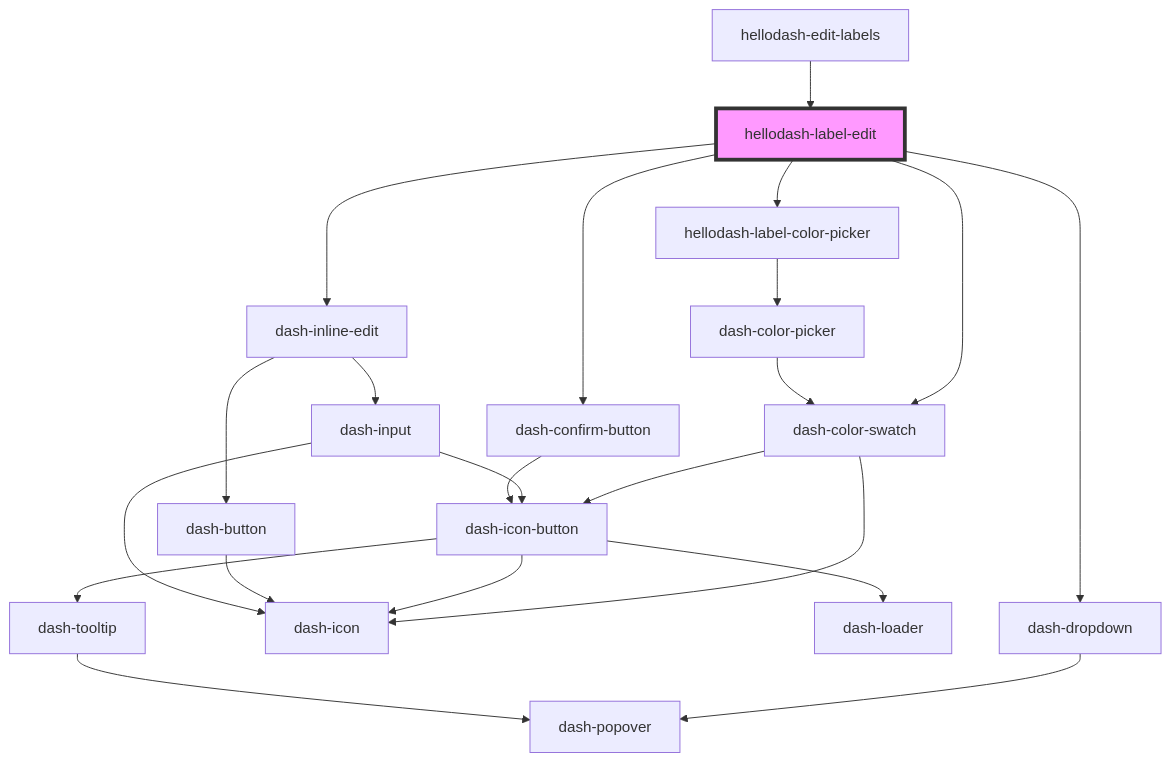
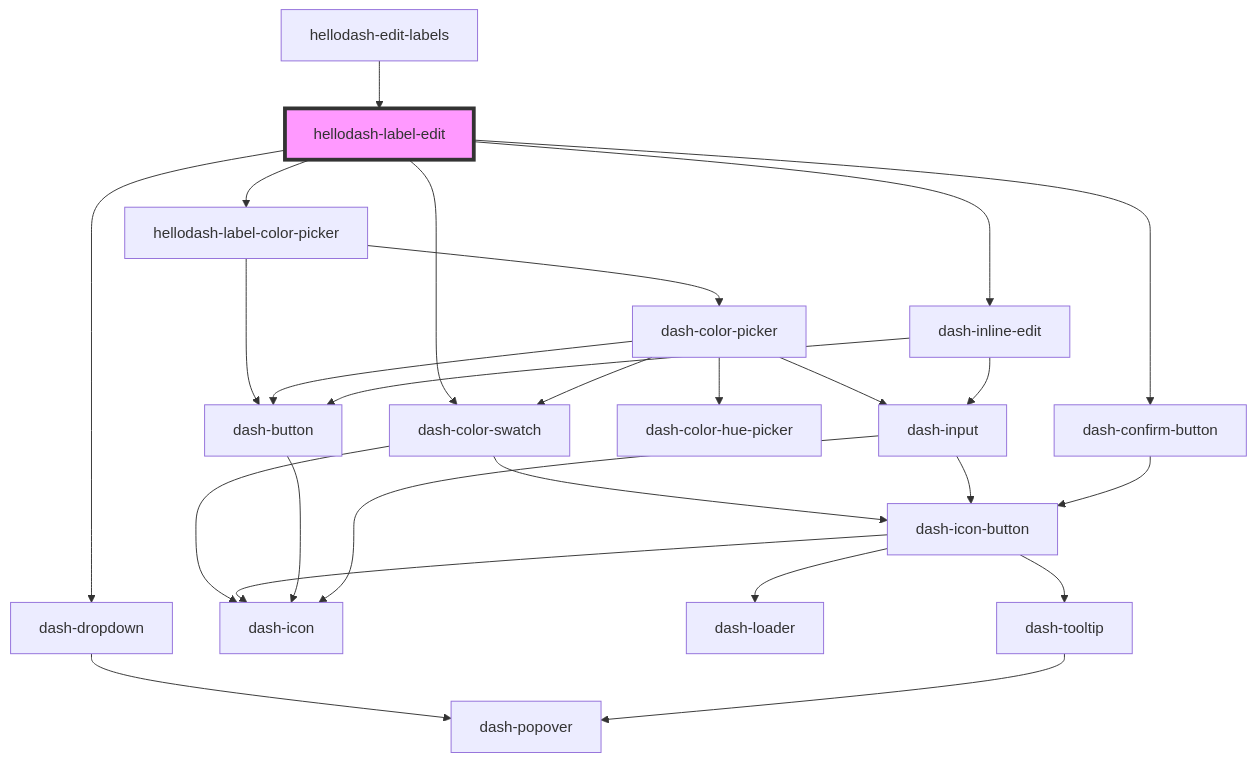
One commit to jmanke/dash changed the diagram in packages/hellodash-components/src/components/hellodash-label-edit/readme.md. Above: the diagram before and after it, drawn with Mermaid. The commit also changed other lines of this file and 35 other files, not shown here.

````diff
--- a/packages/hellodash-components/src/components/hellodash-label-edit/readme.md
+++ b/packages/hellodash-components/src/components/hellodash-label-edit/readme.md
@@ -38,25 +39,29 @@
 ```mermaid
 graph TD;
   hellodash-label-edit --> dash-dropdown
   hellodash-label-edit --> dash-color-swatch
   hellodash-label-edit --> hellodash-label-color-picker
   hellodash-label-edit --> dash-inline-edit
   hellodash-label-edit --> dash-confirm-button
   dash-dropdown --> dash-popover
   dash-color-swatch --> dash-icon-button
   dash-color-swatch --> dash-icon
   dash-icon-button --> dash-icon
   dash-icon-button --> dash-loader
   dash-icon-button --> dash-tooltip
   dash-tooltip --> dash-popover
   hellodash-label-color-picker --> dash-color-picker
+  hellodash-label-color-picker --> dash-button
+  dash-color-picker --> dash-color-hue-picker
+  dash-color-picker --> dash-button
+  dash-color-picker --> dash-input
   dash-color-picker --> dash-color-swatch
-  dash-inline-edit --> dash-button
-  dash-inline-edit --> dash-input
   dash-button --> dash-icon
   dash-input --> dash-icon
   dash-input --> dash-icon-button
+  dash-inline-edit --> dash-button
+  dash-inline-edit --> dash-input
   dash-confirm-button --> dash-icon-button
   hellodash-edit-labels --> hellodash-label-edit
   style hellodash-label-edit fill:#f9f,stroke:#333,stroke-width:4px
 ```
````
